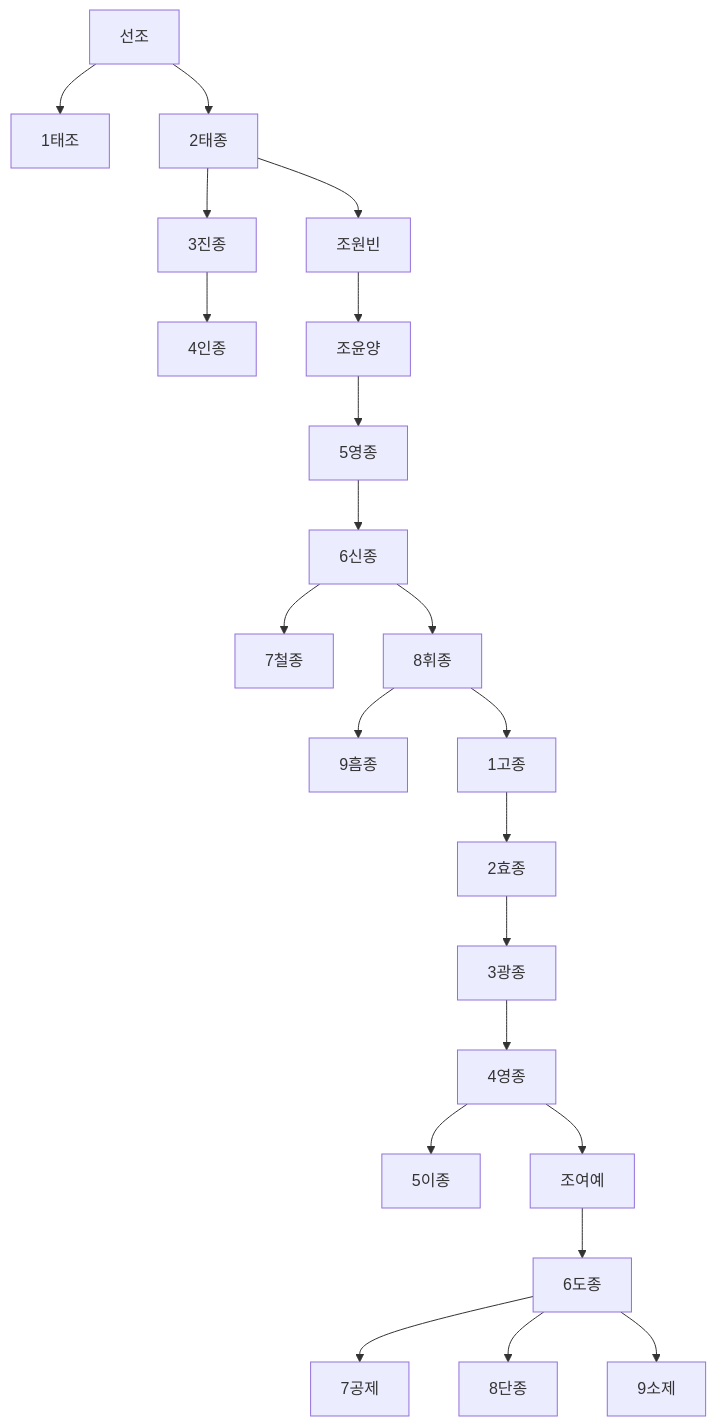
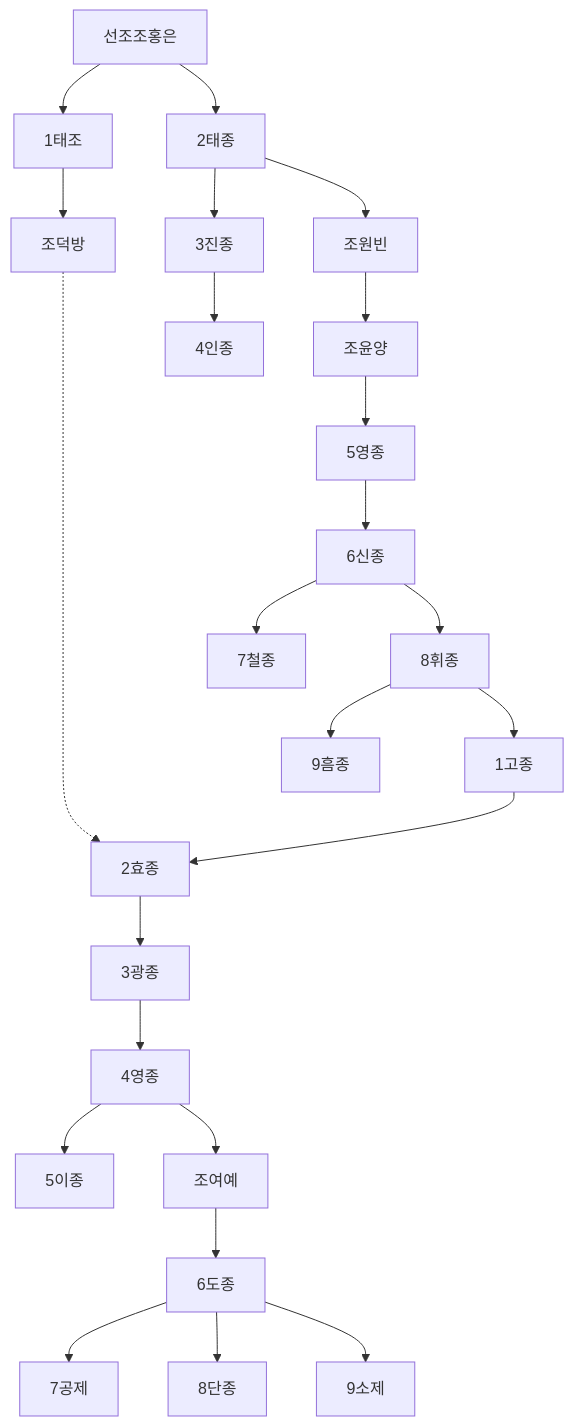
One commit to daewonyoon/historigram changed the first of 2 diagrams in 중국사/송왕조.md. Above: the diagram before and after it, drawn with Mermaid. The commit also changed other lines of this file, not shown here.

````diff
--- a/중국사/송왕조.md
+++ b/중국사/송왕조.md
@@ -5,11 +5,12 @@
 ```mermaid
 graph TD
-선조 --> 1태조
-선조 --> 2태종 --> 3진종 --> 4인종
+선조조홍은 --> 1태조
+선조조홍은 --> 2태종 --> 3진종 --> 4인종
 2태종 --> 조원빈 --> 조윤양 --> 5영종 --> 6신종 --> 7철종
+1태조 --> 조덕방 -......-> 2효종
 6신종 --> 8휘종 --> 9흠종
 8휘종 --> 1고종 --> 2효종 --> 3광종 --> 4영종 --> 5이종 
 4영종 --> 조여예 --> 6도종 --> 7공제
 6도종 --> 8단종
 6도종 --> 9소제
 ```
````
